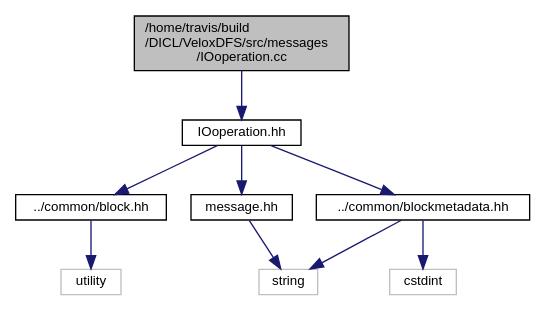
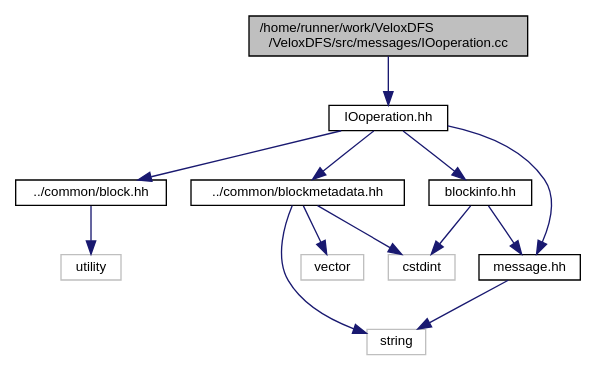
One commit to DICL/VeloxDFS changed the diagram in IOoperation_8cc__incl.dot. Above: the diagram before and after it, drawn with Graphviz. The commit also changed 1482 other files, not shown here.

```diff
--- a/IOoperation_8cc__incl.dot
+++ b/IOoperation_8cc__incl.dot
@@ -1,21 +1,28 @@
-digraph "/home/travis/build/DICL/VeloxDFS/src/messages/IOoperation.cc"
+digraph "/home/runner/work/VeloxDFS/VeloxDFS/src/messages/IOoperation.cc"
 {
+ // LATEX_PDF_SIZE
   edge [fontname="Helvetica",fontsize="10",labelfontname="Helvetica",labelfontsize="10"];
   node [fontname="Helvetica",fontsize="10",shape=record];
-  Node1 [label="/home/travis/build\l/DICL/VeloxDFS/src/messages\l/IOoperation.cc",height=0.2,width=0.4,color="black", fillcolor="grey75", style="filled" fontcolor="black"];
+  Node1 [label="/home/runner/work/VeloxDFS\l/VeloxDFS/src/messages/IOoperation.cc",height=0.2,width=0.4,color="black", fillcolor="grey75", style="filled", fontcolor="black",tooltip=" "];
   Node1 -> Node2 [color="midnightblue",fontsize="10",style="solid",fontname="Helvetica"];
-  Node2 [label="IOoperation.hh",height=0.2,width=0.4,color="black", fillcolor="white", style="filled",URL="$IOoperation_8hh.html"];
+  Node2 [label="IOoperation.hh",height=0.2,width=0.4,color="black", fillcolor="white", style="filled",URL="$IOoperation_8hh.html",tooltip=" "];
   Node2 -> Node3 [color="midnightblue",fontsize="10",style="solid",fontname="Helvetica"];
-  Node3 [label="message.hh",height=0.2,width=0.4,color="black", fillcolor="white", style="filled",URL="$message_8hh.html"];
+  Node3 [label="message.hh",height=0.2,width=0.4,color="black", fillcolor="white", style="filled",URL="$message_8hh.html",tooltip=" "];
   Node3 -> Node4 [color="midnightblue",fontsize="10",style="solid",fontname="Helvetica"];
-  Node4 [label="string",height=0.2,width=0.4,color="grey75", fillcolor="white", style="filled"];
+  Node4 [label="string",height=0.2,width=0.4,color="grey75", fillcolor="white", style="filled",tooltip=" "];
   Node2 -> Node5 [color="midnightblue",fontsize="10",style="solid",fontname="Helvetica"];
-  Node5 [label="../common/block.hh",height=0.2,width=0.4,color="black", fillcolor="white", style="filled",URL="$block_8hh.html"];
+  Node5 [label="blockinfo.hh",height=0.2,width=0.4,color="black", fillcolor="white", style="filled",URL="$blockinfo_8hh.html",tooltip=" "];
+  Node5 -> Node3 [color="midnightblue",fontsize="10",style="solid",fontname="Helvetica"];
   Node5 -> Node6 [color="midnightblue",fontsize="10",style="solid",fontname="Helvetica"];
-  Node6 [label="utility",height=0.2,width=0.4,color="grey75", fillcolor="white", style="filled"];
+  Node6 [label="cstdint",height=0.2,width=0.4,color="grey75", fillcolor="white", style="filled",tooltip=" "];
   Node2 -> Node7 [color="midnightblue",fontsize="10",style="solid",fontname="Helvetica"];
-  Node7 [label="../common/blockmetadata.hh",height=0.2,width=0.4,color="black", fillcolor="white", style="filled",URL="$blockmetadata_8hh.html"];
+  Node7 [label="../common/block.hh",height=0.2,width=0.4,color="black", fillcolor="white", style="filled",URL="$block_8hh.html",tooltip=" "];
   Node7 -> Node8 [color="midnightblue",fontsize="10",style="solid",fontname="Helvetica"];
-  Node8 [label="cstdint",height=0.2,width=0.4,color="grey75", fillcolor="white", style="filled"];
-  Node7 -> Node4 [color="midnightblue",fontsize="10",style="solid",fontname="Helvetica"];
+  Node8 [label="utility",height=0.2,width=0.4,color="grey75", fillcolor="white", style="filled",tooltip=" "];
+  Node2 -> Node9 [color="midnightblue",fontsize="10",style="solid",fontname="Helvetica"];
+  Node9 [label="../common/blockmetadata.hh",height=0.2,width=0.4,color="black", fillcolor="white", style="filled",URL="$blockmetadata_8hh.html",tooltip=" "];
+  Node9 -> Node6 [color="midnightblue",fontsize="10",style="solid",fontname="Helvetica"];
+  Node9 -> Node4 [color="midnightblue",fontsize="10",style="solid",fontname="Helvetica"];
+  Node9 -> Node10 [color="midnightblue",fontsize="10",style="solid",fontname="Helvetica"];
+  Node10 [label="vector",height=0.2,width=0.4,color="grey75", fillcolor="white", style="filled",tooltip=" "];
 }
```
